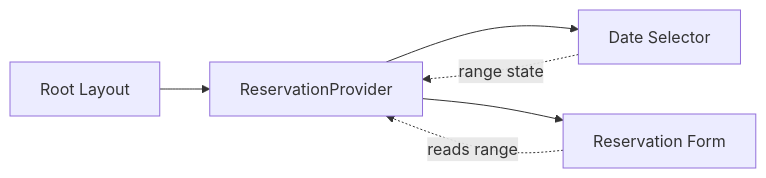
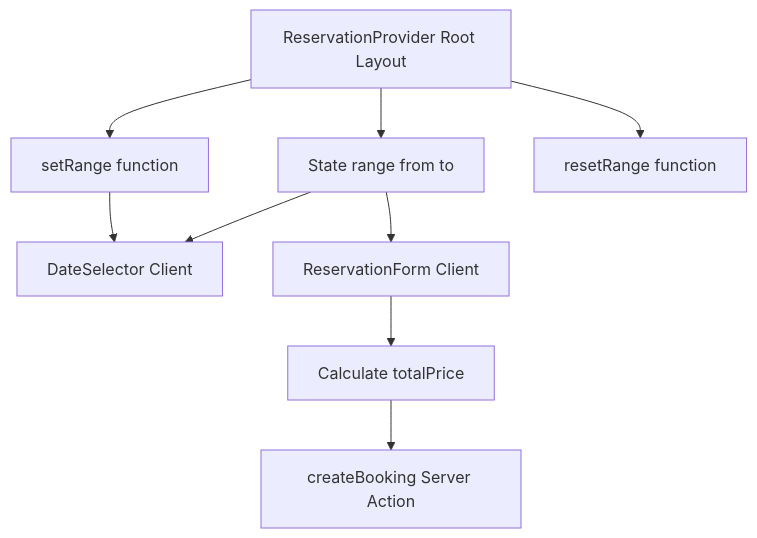
One commit to myoshi2891/MasterModernReact_NextJs changed the fourth of 10 diagrams in README.md. Above: the diagram before and after it, drawn with Mermaid. The commit also changed other lines of this file, not shown here.

````diff
--- a/README.md
+++ b/README.md
@@ -387,9 +204,19 @@
 ```mermaid
-graph LR
-    RootLayout[Root Layout] --> ReservationProvider[ReservationProvider]
-    ReservationProvider --> DateSelector[Date Selector]
-    ReservationProvider --> ReservationForm[Reservation Form]
-    
-    DateSelector -.->|range state| ReservationProvider
-    ReservationForm -.->|reads range| ReservationProvider
+flowchart TD
+Provider[ReservationProvider Root Layout]
+State1[State range from to]
+State2[setRange function]
+State3[resetRange function]
+DateSel[DateSelector Client]
+ReservForm[ReservationForm Client]
+Price[Calculate totalPrice]
+Action[createBooking Server Action]
+Provider --> State1
+Provider --> State2
+Provider --> State3
+State1 --> DateSel
+State1 --> ReservForm
+State2 --> DateSel
+ReservForm --> Price
+Price --> Action
 ```
````
